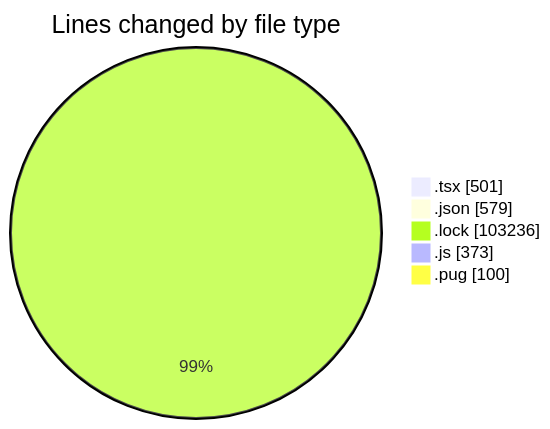
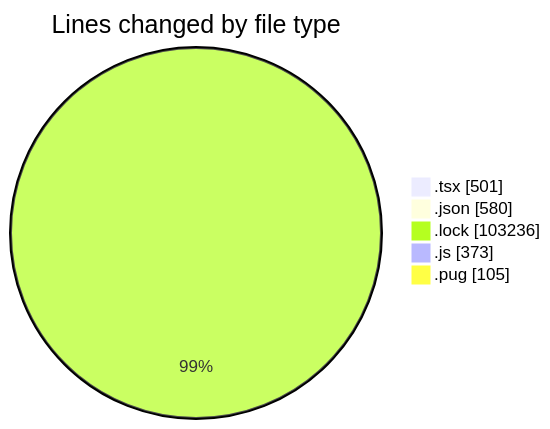
The first of 2 diagrams in 2025-03-10/cda/README.md (momahboobian/code-tracking), drawn with Mermaid before and after one commit. The commit also changed other lines of this file and 1 other file, not shown here.

````diff
--- a/2025-03-10/cda/README.md
+++ b/2025-03-10/cda/README.md
@@ -45,9 +45,9 @@
 ```mermaid
 pie showData
 title Lines changed by file type
 ".tsx" : 501
-".json" : 579
+".json" : 580
 ".lock" : 103236
 ".js" : 373
-".pug" : 100
+".pug" : 105
 ```
````
